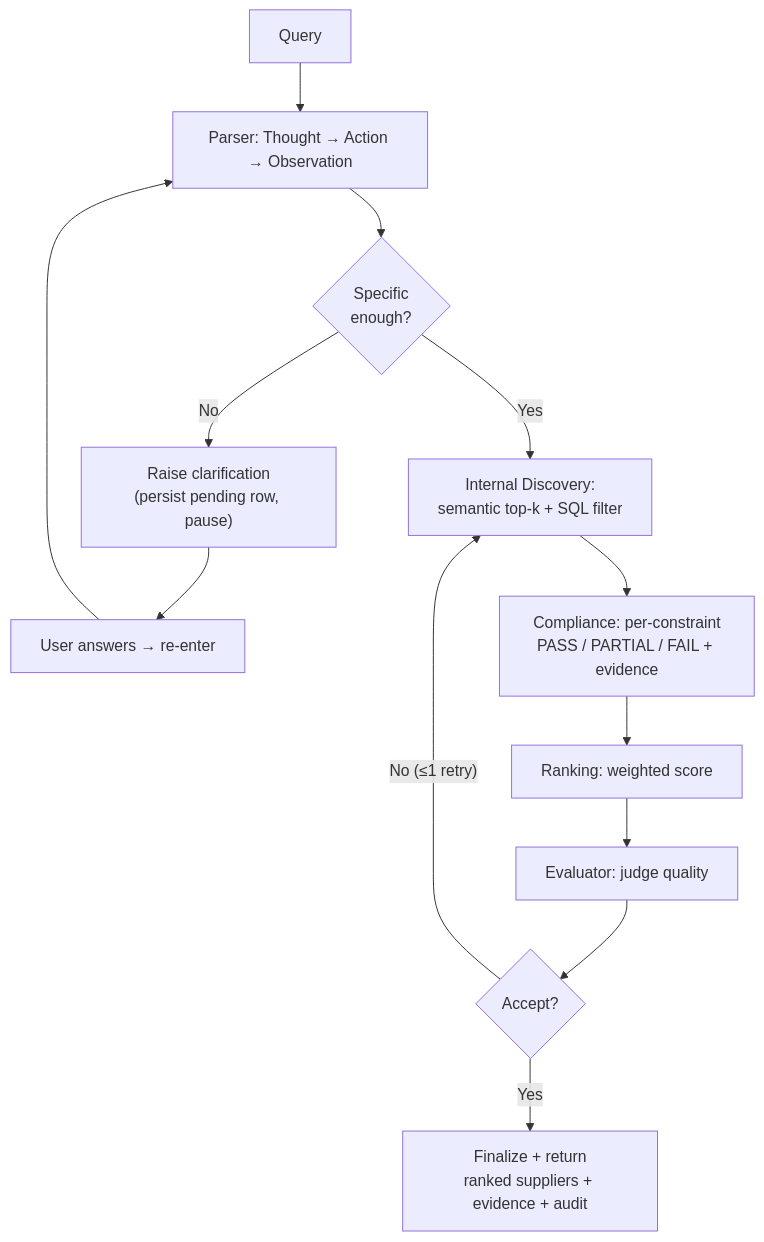
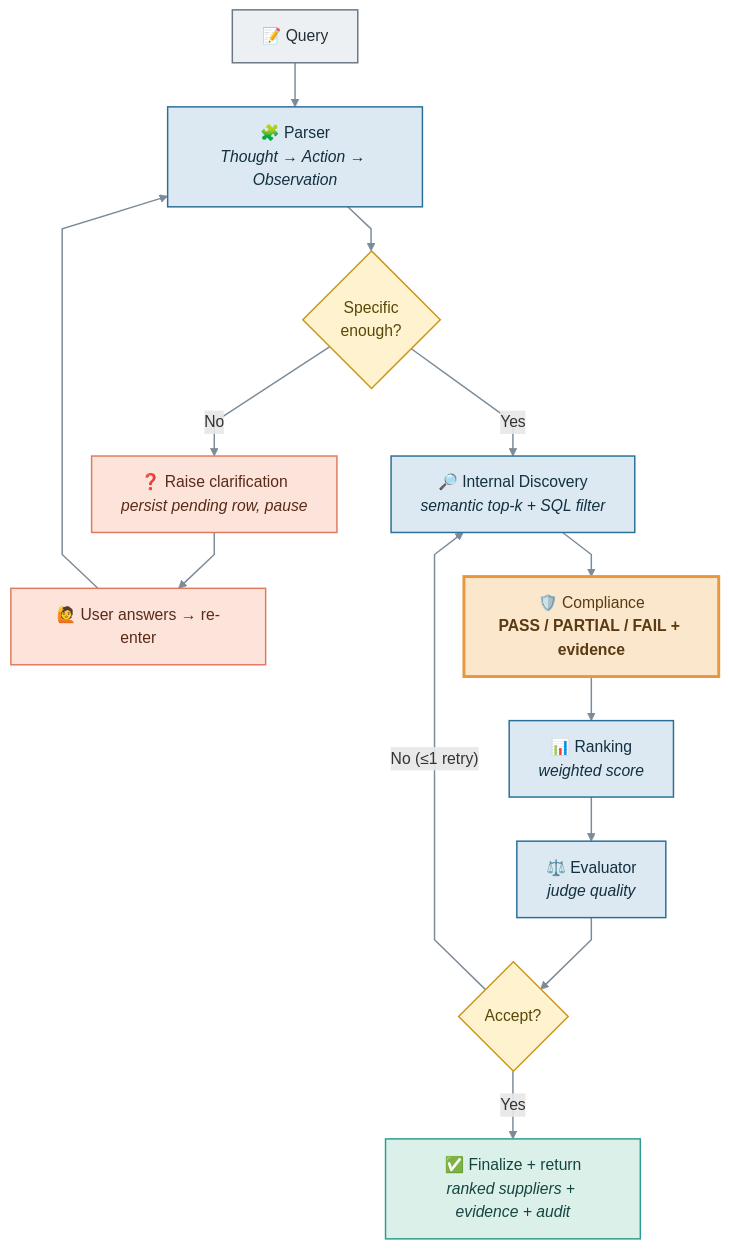
One commit to nitishkpandey/SupplierMind changed the second of 2 diagrams in thesis/approach.md. Above: the diagram before and after it, drawn with Mermaid. The commit also changed other lines of this file and 24 other files, not shown here.

First line of the commit message:
Add Chapter 5 result charts and colourful diagram images

````diff
--- a/thesis/approach.md
+++ b/thesis/approach.md
@@ -107,15 +135,30 @@
 ```mermaid
+%%{init: {"flowchart": {"curve": "linear", "nodeSpacing": 40, "rankSpacing": 45, "htmlLabels": true}}}%%
 flowchart TD
-    A["Query"] --> B["Parser: Thought → Action → Observation"]
+    A["📝 Query"] --> B["🧩 Parser<br/><i>Thought → Action → Observation</i>"]
     B --> C{"Specific<br/>enough?"}
-    C -- "No" --> D["Raise clarification<br/>(persist pending row, pause)"]
-    D --> E["User answers → re-enter"]
+    C -- "No" --> D["❓ Raise clarification<br/><i>persist pending row, pause</i>"]
+    D --> E["🙋 User answers → re-enter"]
     E --> B
-    C -- "Yes" --> G["Internal Discovery:<br/>semantic top-k + SQL filter"]
-    G --> H["Compliance: per-constraint<br/>PASS / PARTIAL / FAIL + evidence"]
-    H --> I["Ranking: weighted score"]
-    I --> J["Evaluator: judge quality"]
+    C -- "Yes" --> G["🔎 Internal Discovery<br/><i>semantic top-k + SQL filter</i>"]
+    G --> H["🛡️ Compliance<br/><b>PASS / PARTIAL / FAIL + evidence</b>"]
+    H --> I["📊 Ranking<br/><i>weighted score</i>"]
+    I --> J["⚖️ Evaluator<br/><i>judge quality</i>"]
     J --> K{"Accept?"}
     K -- "No (≤1 retry)" --> G
-    K -- "Yes" --> L["Finalize + return<br/>ranked suppliers + evidence + audit"]
+    K -- "Yes" --> L["✅ Finalize + return<br/><i>ranked suppliers + evidence + audit</i>"]
+
+    classDef io fill:#EDF0F2,stroke:#6B7785,stroke-width:1.5px,color:#22303C;
+    classDef proc fill:#DCE9F2,stroke:#2A6F97,stroke-width:1.5px,color:#12303F;
+    classDef hero fill:#FBE7CC,stroke:#E9973F,stroke-width:3px,color:#5A3A12;
+    classDef decision fill:#FFF3CF,stroke:#C9971A,stroke-width:1.5px,color:#5A4708;
+    classDef pause fill:#FCE4DA,stroke:#E07A5F,stroke-width:1.5px,color:#5A2A18;
+    classDef done fill:#DCF0EA,stroke:#2A9D8F,stroke-width:1.5px,color:#14463F;
+    class A io;
+    class B,G,I,J proc;
+    class H hero;
+    class C,K decision;
+    class D,E pause;
+    class L done;
+    linkStyle default stroke:#7C8B98,stroke-width:1.5px;
 ```
````
